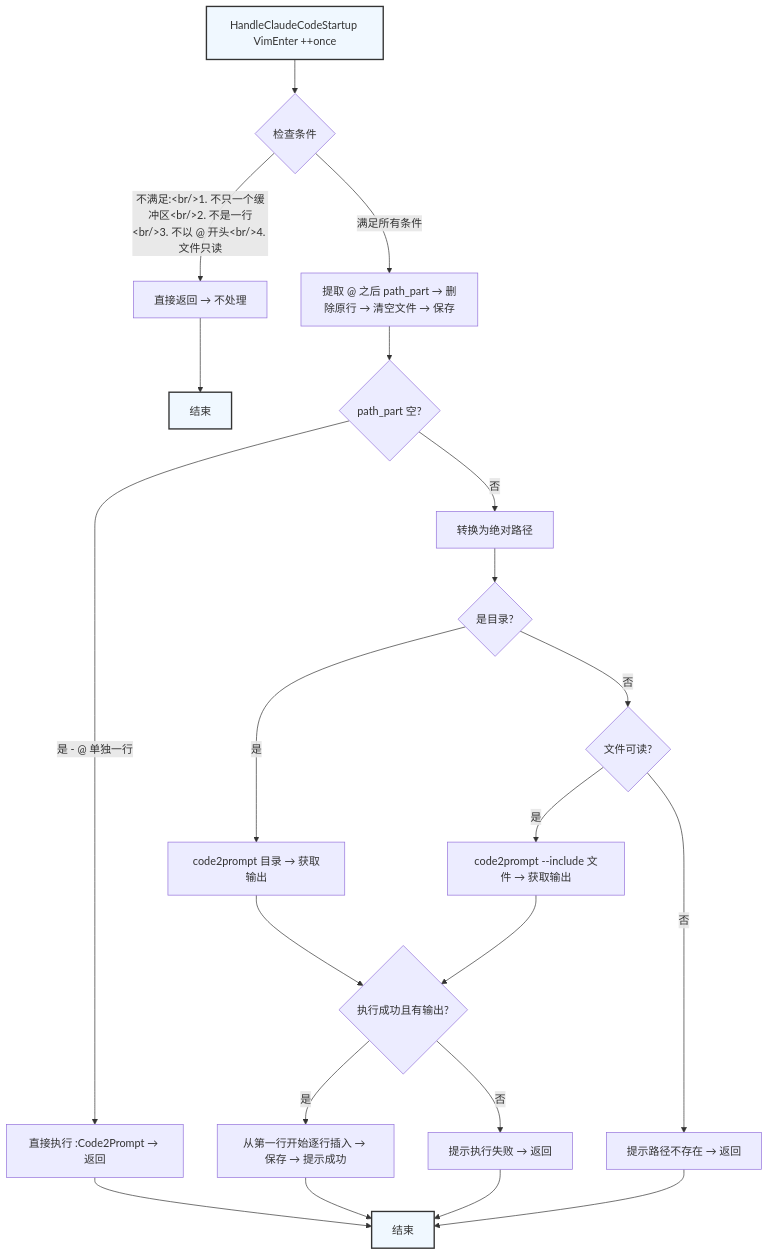
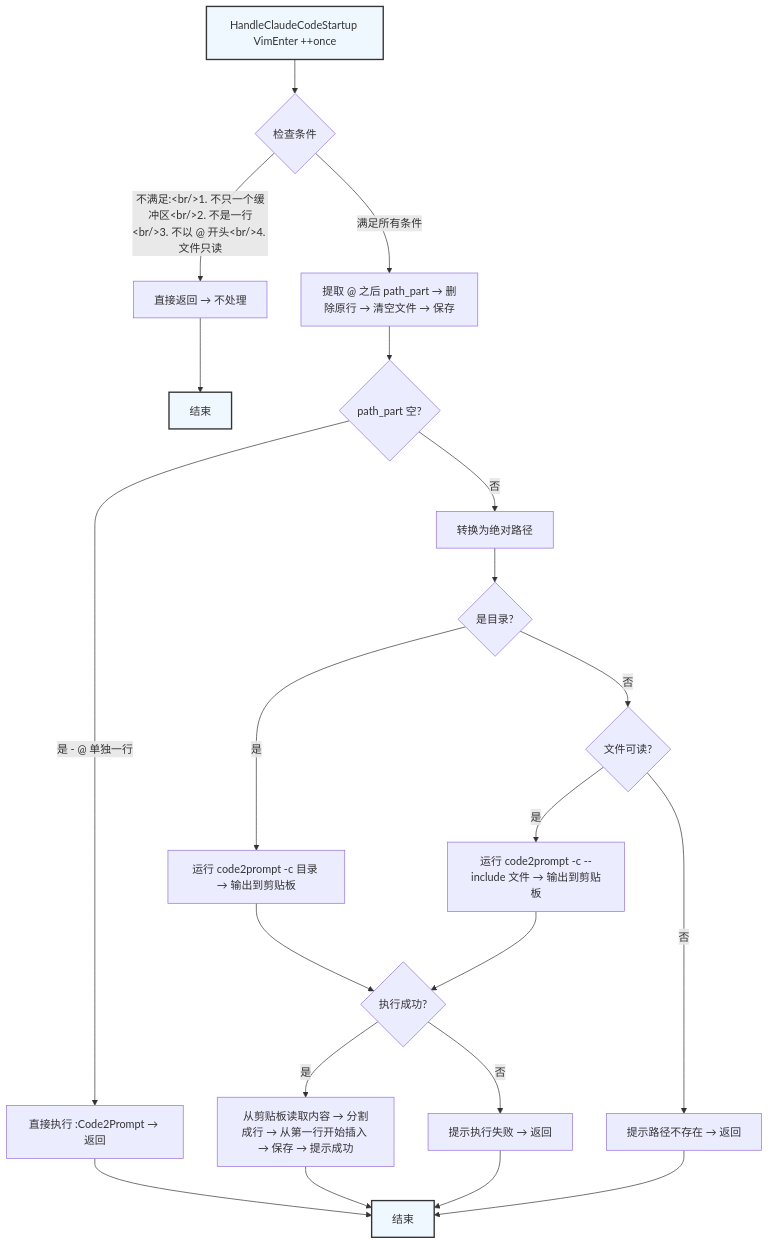
Before and after one commit to syllr/ainote: the third of 5 diagrams in plugin/vimCode2Prompt/docs/workflow.md, drawn with Mermaid. The commit also changed other lines of this file and 1 other file, not shown here.

Commit message:
refactor: Extract GetClipboardContent helper and remove unused GetAllFiles
Cleanup and consistency improvements:
- Extract GetClipboardContent() helper function for reuse (used in both ProcessSelectedFile and HandleClaudeCodeStartup)
- Remove completely unused GetAllFiles() recursive directory walking (this has been replaced by fzf walker-skip for a long time)
- Update Claude Code auto-detection to use code2prompt -c + read from clipboard, consistent with fzf selection flow
- Update workflow documentation flowchart in docs/workflow.md to match new implementation

````diff
--- a/plugin/vimCode2Prompt/docs/workflow.md
+++ b/plugin/vimCode2Prompt/docs/workflow.md
@@ -96,26 +96,26 @@
 ```mermaid
 flowchart TD
     A[HandleClaudeCodeStartup VimEnter ++once] --> B{检查条件}
     B -->|"不满足:&lt;br/&gt;1. 不只一个缓冲区&lt;br/&gt;2. 不是一行&lt;br/&gt;3. 不以 @ 开头&lt;br/&gt;4. 文件只读"| C[直接返回 → 不处理]
     B -->|满足所有条件| D[提取 @ 之后 path_part → 删除原行 → 清空文件 → 保存]
     D --> E{path_part 空?}
     E -->|是 - @ 单独一行| F[直接执行 :Code2Prompt → 返回]
     E -->|否| G[转换为绝对路径]
     G --> H{是目录?}
-    H -->|是| I[code2prompt 目录 → 获取输出]
+    H -->|是| I[运行 code2prompt -c 目录 → 输出到剪贴板]
     H -->|否| J{文件可读?}
-    J -->|是| K[code2prompt --include 文件 → 获取输出]
+    J -->|是| K[运行 code2prompt -c --include 文件 → 输出到剪贴板]
     J -->|否| L[提示路径不存在 → 返回]
-    I --> M{执行成功且有输出?}
+    I --> M{执行成功?}
     K --> M
-    M -->|是| N[从第一行开始逐行插入 → 保存 → 提示成功]
+    M -->|是| N[从剪贴板读取内容 → 分割成行 → 从第一行开始插入 → 保存 → 提示成功]
     M -->|否| O[提示执行失败 → 返回]
     N --> P[结束]
     C --> Q[结束]
     F --> P
     L --> P
     O --> P
 
     classDef startend fill:#f0f8ff,stroke:#333,stroke-width:2px
     class A,P,Q startend
 ```
````
